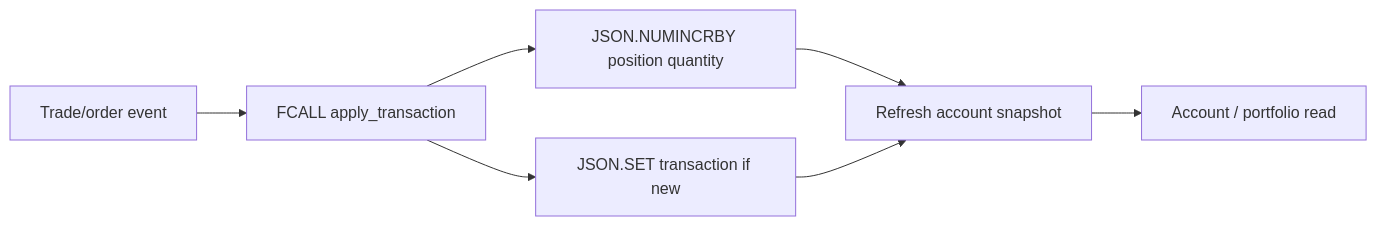
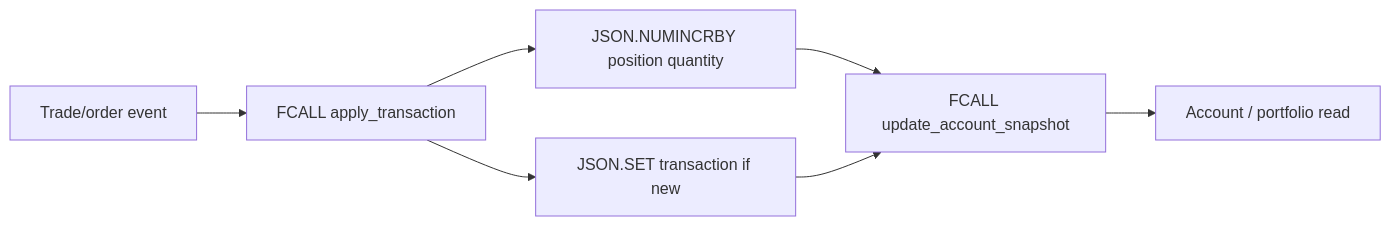
One commit to alberttwong/redis_financial_demo changed the fourth of 4 diagrams in README.md. Above: the diagram before and after it, drawn with Mermaid. The commit also changed other lines of this file and 24 other files, not shown here.

````diff
--- a/README.md
+++ b/README.md
@@ -231,16 +236,16 @@
 ```mermaid
 flowchart LR
     ORDER["Trade/order event"]
     FCALL["FCALL apply_transaction"]
     TXN["JSON.SET transaction if new"]
     POS["JSON.NUMINCRBY position quantity"]
-    SNAP["Refresh account snapshot"]
+    SNAP["FCALL update_account_snapshot"]
     READ["Account / portfolio read"]
 
     ORDER --> FCALL
     FCALL --> TXN
     FCALL --> POS
     POS --> SNAP
     TXN --> SNAP
     SNAP --> READ
 ```
````
